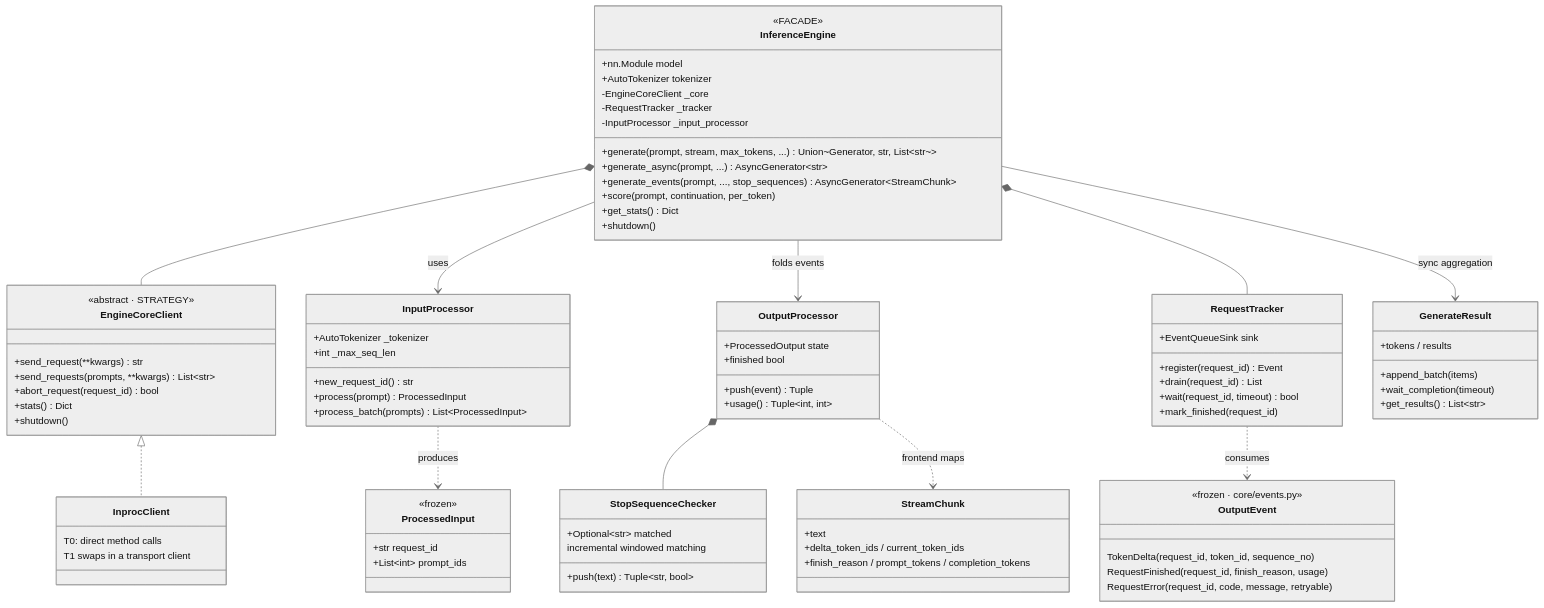
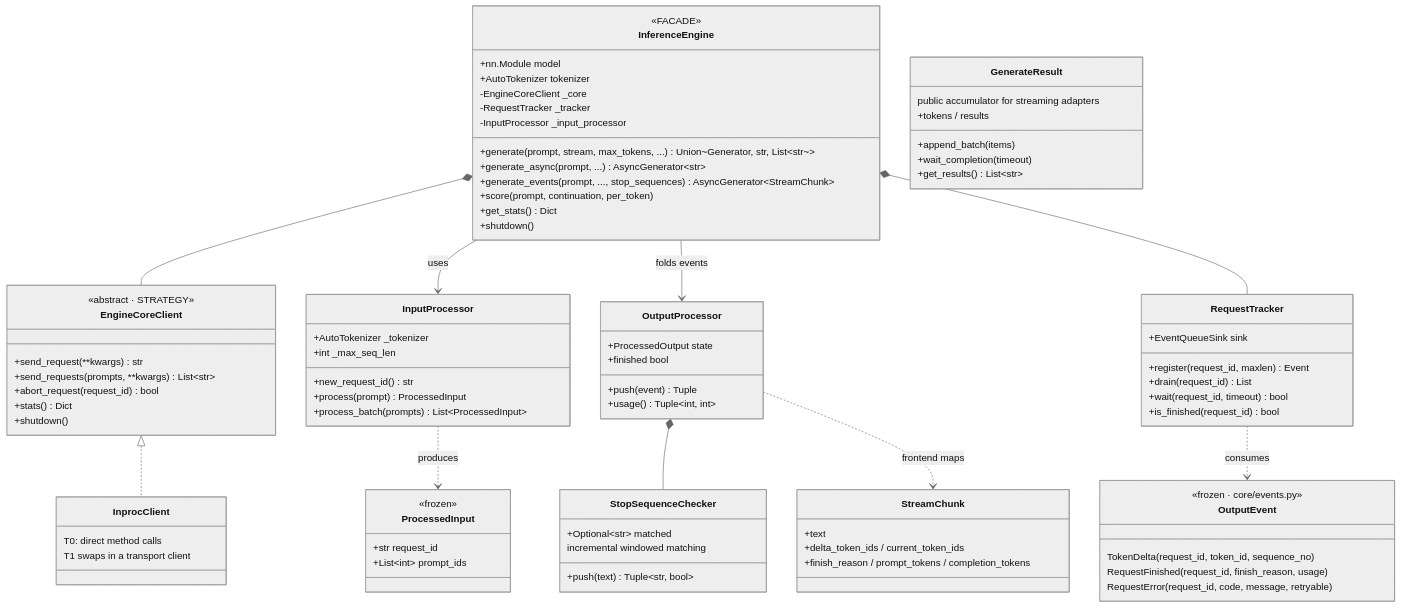
Before and after one commit to 0z5a/AstrAI: the diagram in docs/developer/inference/frontend.md, drawn with Mermaid (neutral theme). The commit also changed other lines of this file and 4 other files, not shown here.

```diff
--- a/docs/developer/inference/frontend.md
+++ b/docs/developer/inference/frontend.md
@@ -64,12 +64,13 @@
     }
     class RequestTracker {
         +EventQueueSink sink
-        +register(request_id) Event
+        +register(request_id, maxlen) Event
         +drain(request_id) List
         +wait(request_id, timeout) bool
-        +mark_finished(request_id)
+        +is_finished(request_id) bool
     }
     class GenerateResult {
+        public accumulator for streaming adapters
         +tokens / results
         +append_batch(items)
         +wait_completion(timeout)
@@ -92,7 +93,6 @@
     InferenceEngine --> InputProcessor : uses
     InferenceEngine --> OutputProcessor : folds events
     InferenceEngine *-- RequestTracker
-    InferenceEngine --> GenerateResult : sync aggregation
     InputProcessor ..> ProcessedInput : produces
     OutputProcessor *-- StopSequenceChecker
     RequestTracker ..> OutputEvent : consumes
```
